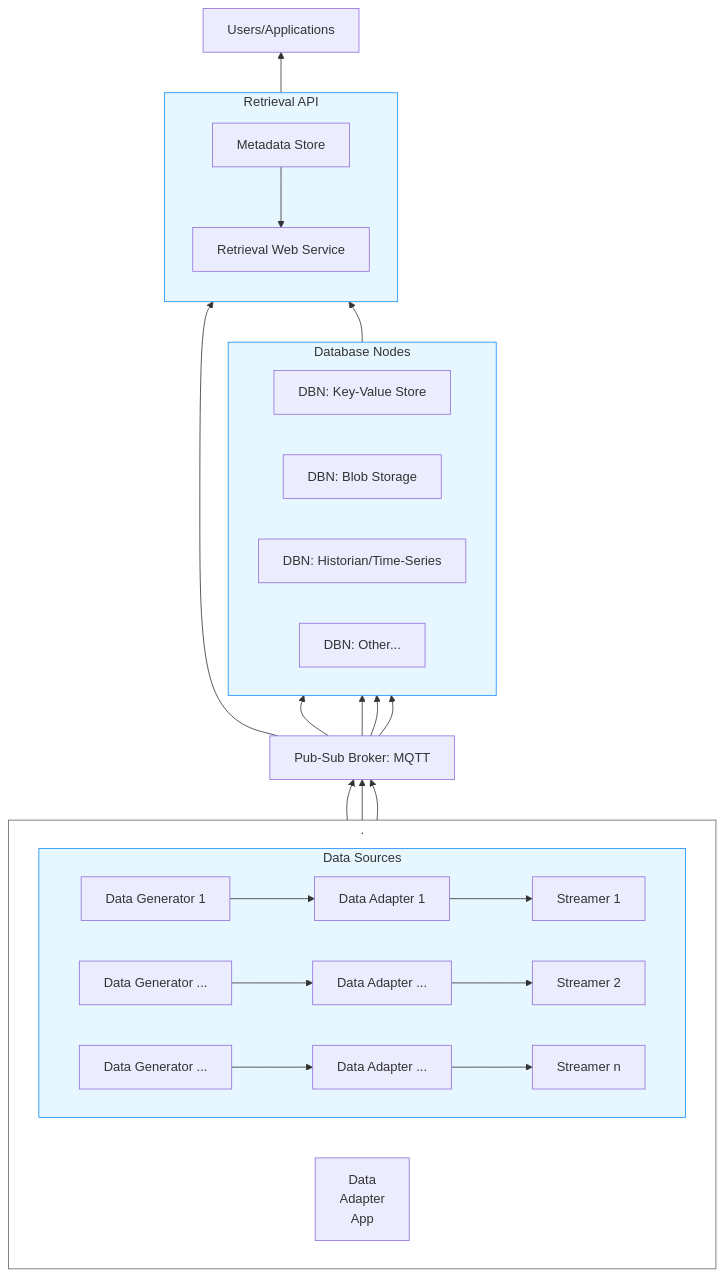
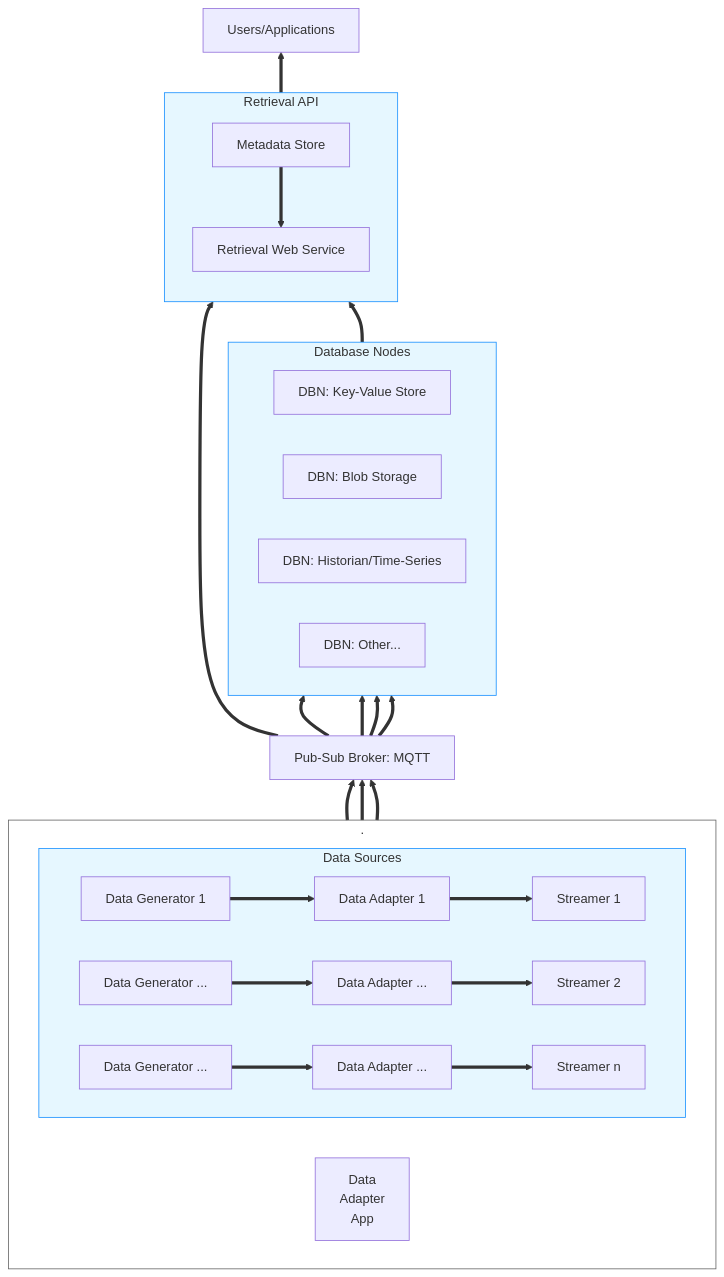
The diagram in doc/pages/concepts/architecture.md (cmu-mfi/ddb), drawn with Mermaid before and after one commit.

````diff
--- a/doc/pages/concepts/architecture.md
+++ b/doc/pages/concepts/architecture.md
@@ -7,49 +7,50 @@
 ```{mermaid}
 flowchart BT
     subgraph Input["."]
         direction LR
 
         DAA[Data</br>Adapter</br>App</br>]
 
         subgraph Data_Sources["Data Sources"]
             direction LR
             DS1[Data Generator 1] --> DA1[Data Adapter 1]
             DA1 --> S1[Streamer 1]
             DS2[Data Generator ...] --> DA2[Data Adapter ...]
             DA2 --> S2[Streamer 2]
             DSn[Data Generator ...] --> DAn[Data Adapter ...]
             DAn --> Sn[Streamer n]
         end
     end
 
     MQTT[Pub-Sub Broker: MQTT]
 
     subgraph DBN["Database Nodes"]
         direction LR
         KV[DBN: Key-Value Store]
         BLOB[DBN: Blob Storage]
         HISTORIAN[DBN: Historian/Time-Series]
         DBNx[DBN: Other...]
     end
 
     subgraph Retrieval["Retrieval API"]
         direction TB
         MDS[Metadata Store] --> RWS[Retrieval Web Service]
     end
 
     S1 --> MQTT
     S2 --> MQTT
     Sn --> MQTT
     MQTT --> KV
     MQTT --> BLOB
     MQTT --> HISTORIAN
     MQTT --> DBNx
     MQTT --> MDS
     DBN --> RWS
     RWS --> USERS[Users/Applications]
 
     classDef layer fill:#e6f7ff,stroke:#1890ff
     classDef highlight fill:#094d57,stroke:#0a3d4d
     class Data_Sources,DBN,Retrieval layer
     style Input fill:transparent,stroke:#666
+    linkStyle default stroke-width:4px
 ```
````
